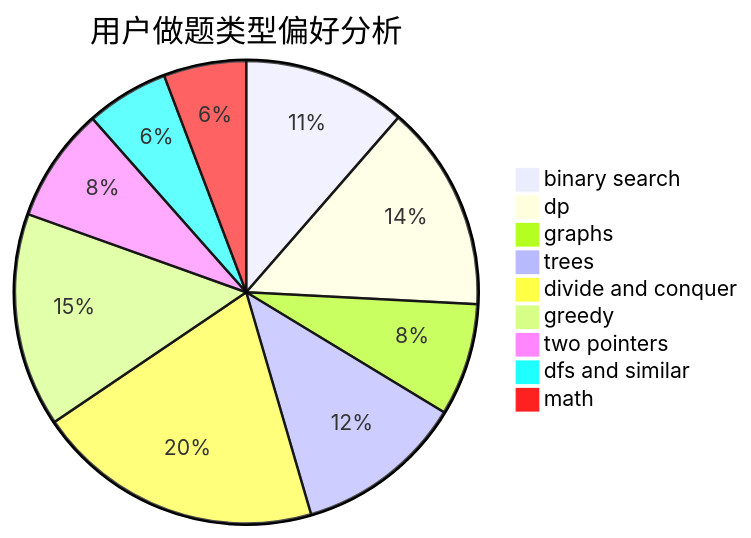
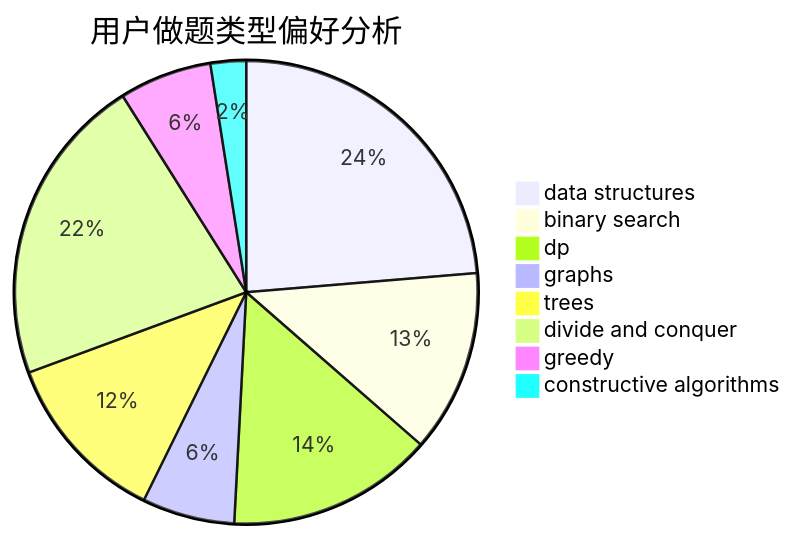
The second of 3 diagrams in docs/user/u960.md (sherpahu/cfrs.github.io), drawn with Mermaid before and after one commit. The commit also changed other lines of this file and 2775 other files, not shown here.

````diff
--- a/docs/user/u960.md
+++ b/docs/user/u960.md
@@ -23,12 +23,11 @@
 ```mermaid
 pie title 用户做题类型偏好分析
-    "binary search" :  87
-    "dp" :  110
-    "graphs" :  60
-    "trees" :  90
-    "divide and conquer" :  153
-    "greedy" :  114
-    "two pointers" :  61
-    "dfs and similar" :  44
-    "math" :  44
+    "data structures" :  143
+    "binary search" :  77
+    "dp" :  87
+    "graphs" :  39
+    "trees" :  73
+    "divide and conquer" :  131
+    "greedy" :  39
+    "constructive algorithms" :  15
 ```
````
